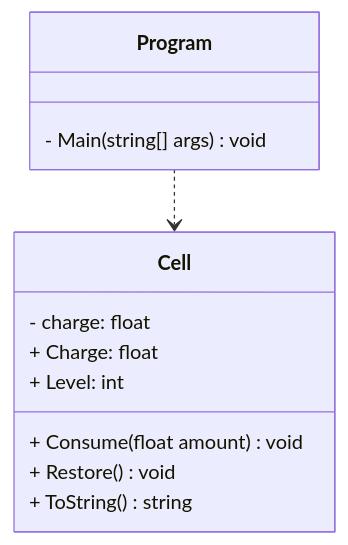
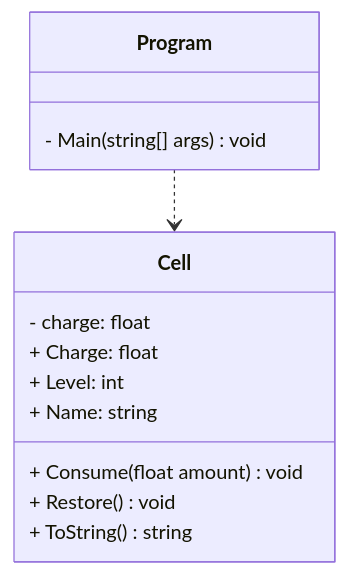
One commit to Mino64/LP1Semana07 changed the diagram in PowerCell/README.md. Above: the diagram before and after it, drawn with Mermaid. The commit also changed 1 other file, not shown here.

Commit message:
Readme correction

````diff
--- a/PowerCell/README.md
+++ b/PowerCell/README.md
@@ -1,23 +1,24 @@
 ```mermaid
 classDiagram
 
     class Cell{
      - charge: float
      + Charge: float
      + Level: int
+     + Name: string
 
      
 
      + Consume(float amount) void
      + Restore() void
      + ToString() string
 
     }
 
     class Program{
         - Main(string[] args) void
 
     }
 
     Program ..> Cell
 ```
````
